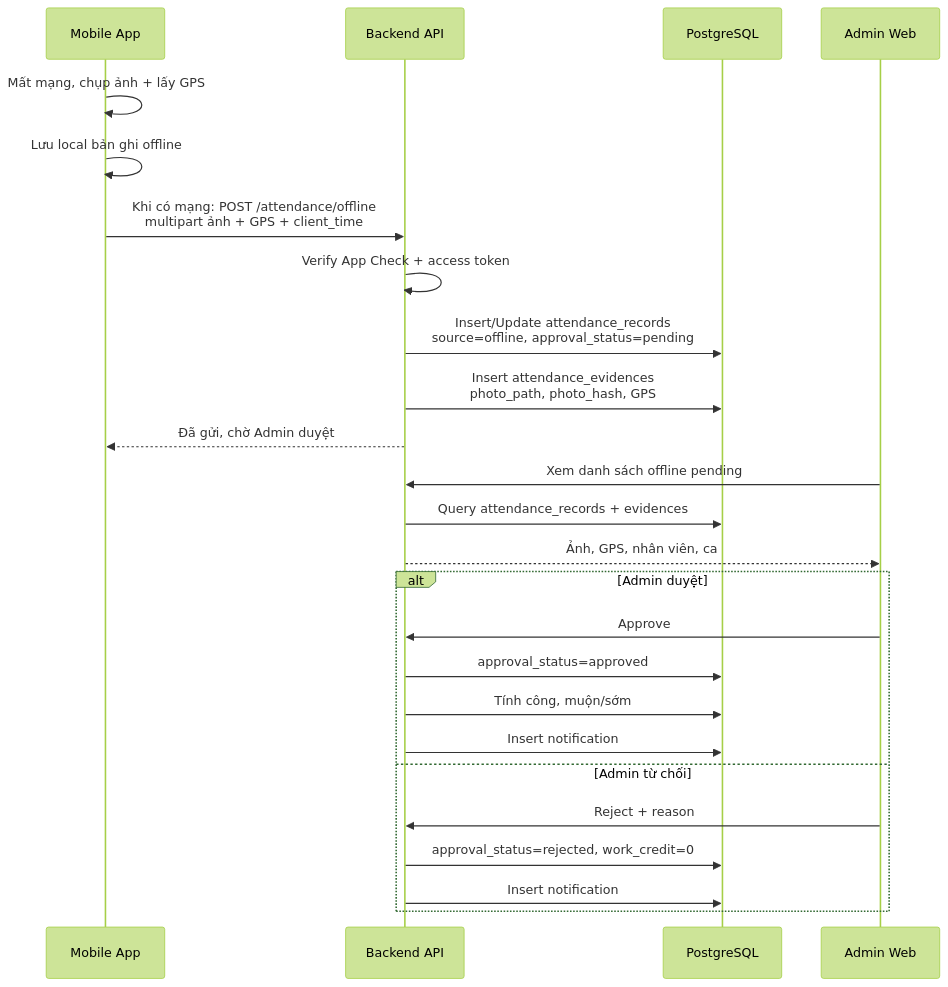
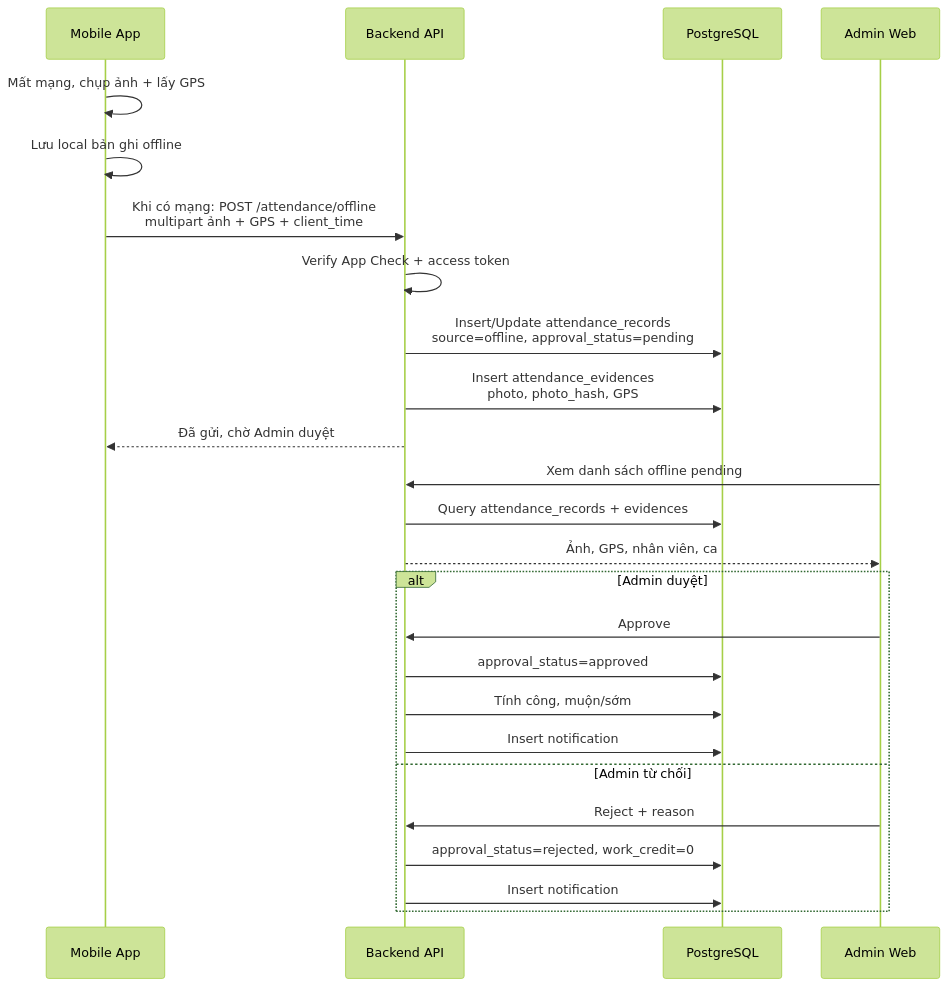
One commit to sptn03/chamcong changed the fourth of 7 diagrams in docs/hunchamcong-db-visual.md. Above: the diagram before and after it, drawn with Mermaid (forest theme). The commit also changed other lines of this file and 11 other files, not shown here.

````diff
--- a/docs/hunchamcong-db-visual.md
+++ b/docs/hunchamcong-db-visual.md
@@ -402,31 +402,31 @@
 ```mermaid
 sequenceDiagram
     participant App as Mobile App
     participant API as Backend API
     participant DB as PostgreSQL
     participant Admin as Admin Web
 
     App->>App: Mất mạng, chụp ảnh + lấy GPS
     App->>App: Lưu local bản ghi offline
 
     App->>API: Khi có mạng: POST /attendance/offline<br/>multipart ảnh + GPS + client_time
     API->>API: Verify App Check + access token
     API->>DB: Insert/Update attendance_records<br/>source=offline, approval_status=pending
-    API->>DB: Insert attendance_evidences<br/>photo_path, photo_hash, GPS
+    API->>DB: Insert attendance_evidences<br/>photo, photo_hash, GPS
     API-->>App: Đã gửi, chờ Admin duyệt
 
     Admin->>API: Xem danh sách offline pending
     API->>DB: Query attendance_records + evidences
     API-->>Admin: Ảnh, GPS, nhân viên, ca
 
     alt Admin duyệt
         Admin->>API: Approve
         API->>DB: approval_status=approved
         API->>DB: Tính công, muộn/sớm
         API->>DB: Insert notification
     else Admin từ chối
         Admin->>API: Reject + reason
         API->>DB: approval_status=rejected, work_credit=0
         API->>DB: Insert notification
     end
 ```
````
